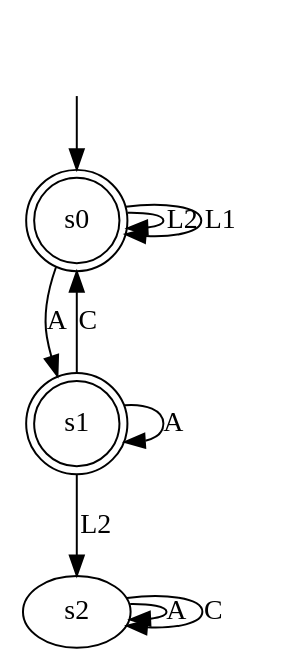
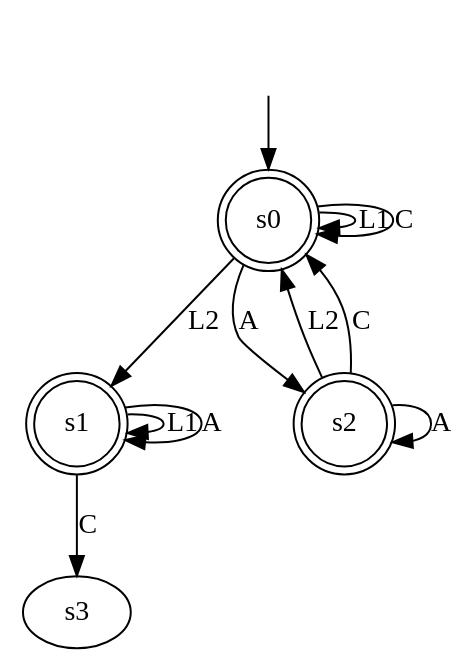
Before and after one commit to tomyaacov/lstar_dont_care: the diagram in system_dfa.dot, drawn with Graphviz. The commit also changed 6 other files, not shown here.

```diff
--- a/system_dfa.dot
+++ b/system_dfa.dot
@@ -1,15 +1,18 @@
 digraph system_dfa {
 s0 [label=s0, shape=doublecircle];
 s1 [label=s1, shape=doublecircle];
-s2 [label=s2];
-s0 -> s0  [label=L2];
+s2 [label=s2, shape=doublecircle];
+s3 [label=s3];
+s0 -> s1  [label=L2];
 s0 -> s0  [label=L1];
-s0 -> s1  [label=A];
+s0 -> s2  [label=A];
+s0 -> s0  [label=C];
+s1 -> s1  [label=L1];
 s1 -> s1  [label=A];
-s1 -> s2  [label=L2];
-s1 -> s0  [label=C];
+s1 -> s3  [label=C];
+s2 -> s0  [label=L2];
 s2 -> s2  [label=A];
-s2 -> s2  [label=C];
+s2 -> s0  [label=C];
 __start0 [label="", shape=none];
 __start0 -> s0  [label=""];
 }
```
